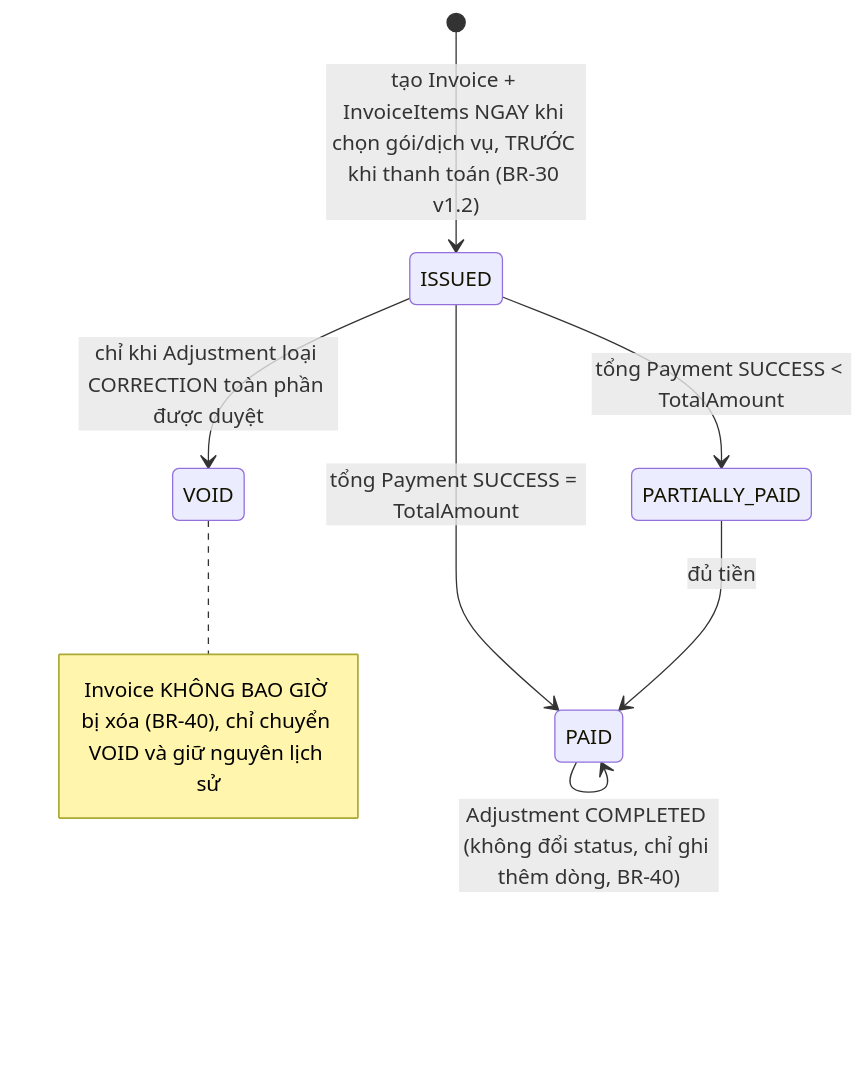
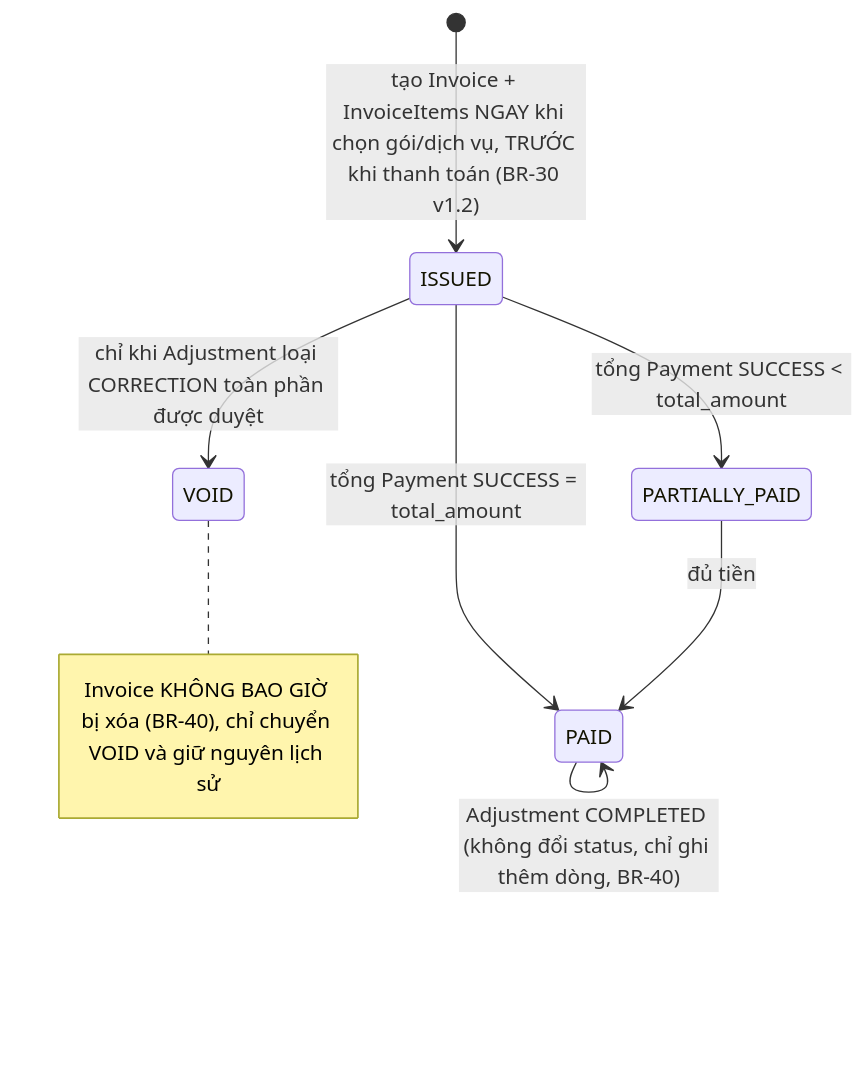
Before and after one commit to SWP391-SportHub-Group4/sports-center-management-system: the fourth of 5 diagrams in docs/Center-Management-System-Design-v2.md, drawn with Mermaid. The commit also changed other lines of this file and 3 other files, not shown here.

````diff
--- a/docs/Center-Management-System-Design-v2.md
+++ b/docs/Center-Management-System-Design-v2.md
@@ -336,10 +357,10 @@
 ```mermaid
 stateDiagram-v2
     [*] --> ISSUED: tạo Invoice + InvoiceItems NGAY khi chọn gói/dịch vụ, TRƯỚC khi thanh toán (BR-30 v1.2)
-    ISSUED --> PARTIALLY_PAID: tổng Payment SUCCESS < TotalAmount
-    ISSUED --> PAID: tổng Payment SUCCESS = TotalAmount
+    ISSUED --> PARTIALLY_PAID: tổng Payment SUCCESS < total_amount
+    ISSUED --> PAID: tổng Payment SUCCESS = total_amount
     PARTIALLY_PAID --> PAID: đủ tiền
     PAID --> PAID: Adjustment COMPLETED (không đổi status, chỉ ghi thêm dòng, BR-40)
     ISSUED --> VOID: chỉ khi Adjustment loại CORRECTION toàn phần được duyệt
     note right of VOID: Invoice KHÔNG BAO GIỜ bị xóa (BR-40), chỉ chuyển VOID và giữ nguyên lịch sử
 ```
````
